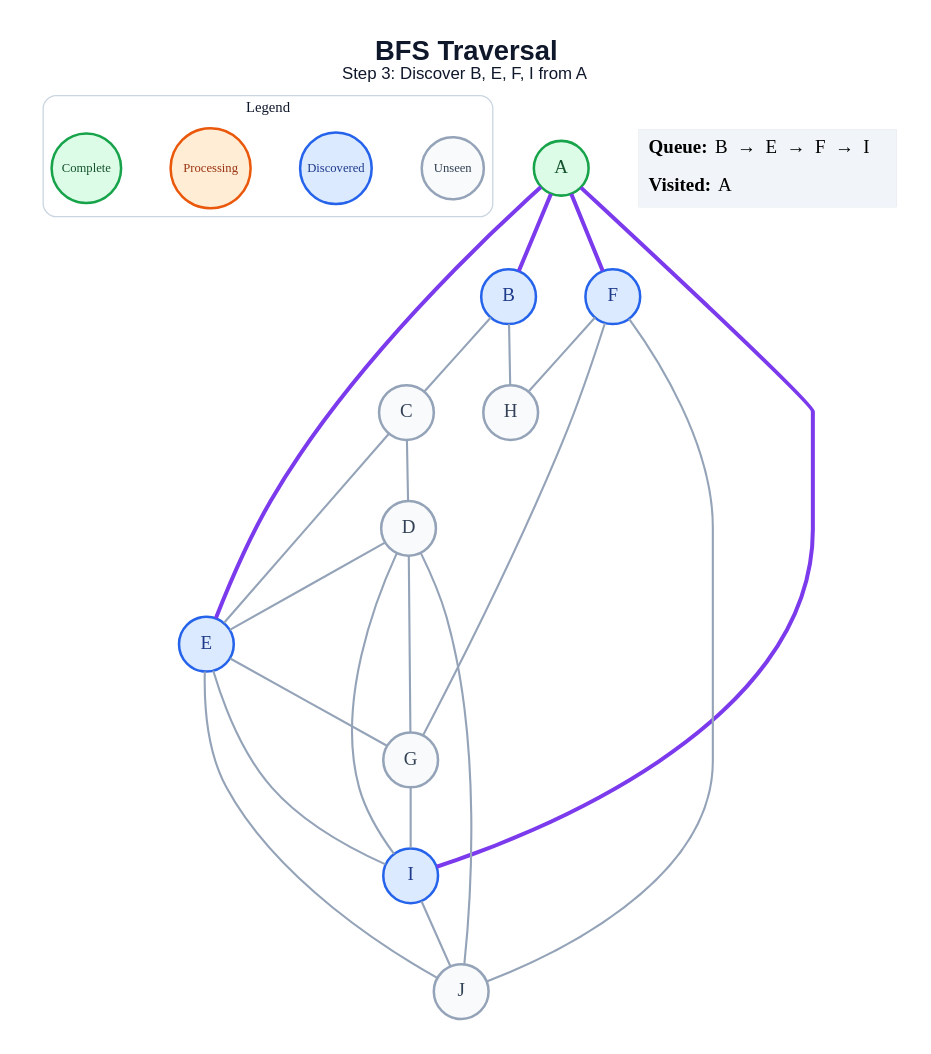
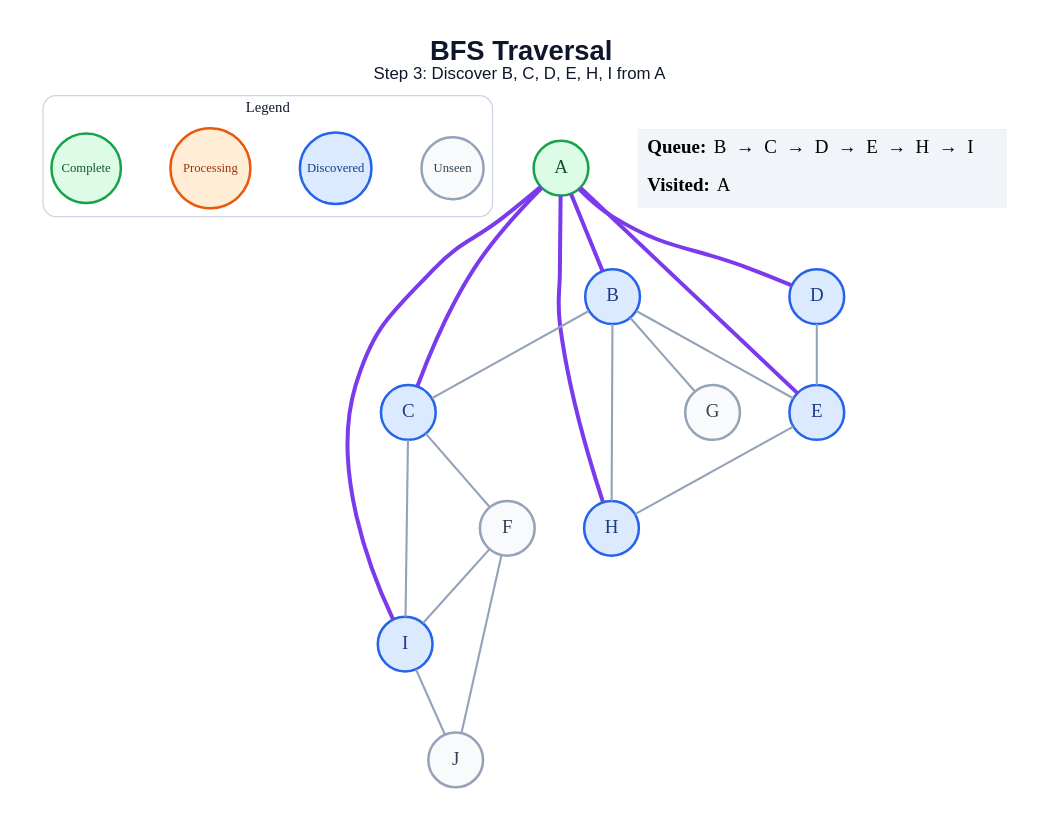
Before and after one commit to amanghodawala9/ai-slop: the diagram in generated/bfs/step_03.dot, drawn with Graphviz. The commit also changed 178 other files, not shown here.

```diff
--- a/generated/bfs/step_03.dot
+++ b/generated/bfs/step_03.dot
@@ -1,49 +1,46 @@
 graph traversal {
   graph [layout=dot, rankdir=TB, bgcolor="#FFFFFF", pad="0.35", nodesep="0.65", ranksep="0.8", fontname="Arial"];
   node [shape=circle, style="filled", fontname="Arial Bold", fontsize=18, width=0.72, fixedsize=true, penwidth=2.4];
   edge [color="#94A3B8", penwidth=2.0];
-  label=<<B>BFS Traversal</B><BR/><FONT POINT-SIZE="16">Step 3: Discover B, E, F, I from A</FONT>>; labelloc="t"; fontsize=26; fontname="Arial"; fontcolor="#0F172A";
+  label=<<B>BFS Traversal</B><BR/><FONT POINT-SIZE="16">Step 3: Discover B, C, D, E, H, I from A</FONT>>; labelloc="t"; fontsize=26; fontname="Arial"; fontcolor="#0F172A";
   subgraph cluster_legend { label="Legend"; color="#CBD5E1"; penwidth=1.2; style="rounded"; fontsize=14; fontname="Arial Bold";
     key_unseen [label="Unseen", fillcolor="#F8FAFC", color="#94A3B8", fontcolor="#334155", fontsize=12, width=0.82];
     key_frontier [label="Discovered", fillcolor="#DBEAFE", color="#2563EB", fontcolor="#1E3A8A", fontsize=12, width=0.95];
     key_current [label="Processing", fillcolor="#FFEDD5", color="#EA580C", fontcolor="#9A3412", fontsize=12, width=1.05];
     key_done [label="Complete", fillcolor="#DCFCE7", color="#16A34A", fontcolor="#14532D", fontsize=12, width=0.92];
     { rank=same; key_unseen; key_frontier; key_current; key_done; }
   }
   A [fillcolor="#DCFCE7", color="#16A34A", fontcolor="#14532D"];
   B [fillcolor="#DBEAFE", color="#2563EB", fontcolor="#1E3A8A"];
-  C [fillcolor="#F8FAFC", color="#94A3B8", fontcolor="#334155"];
-  D [fillcolor="#F8FAFC", color="#94A3B8", fontcolor="#334155"];
+  C [fillcolor="#DBEAFE", color="#2563EB", fontcolor="#1E3A8A"];
+  D [fillcolor="#DBEAFE", color="#2563EB", fontcolor="#1E3A8A"];
   E [fillcolor="#DBEAFE", color="#2563EB", fontcolor="#1E3A8A"];
-  F [fillcolor="#DBEAFE", color="#2563EB", fontcolor="#1E3A8A"];
+  F [fillcolor="#F8FAFC", color="#94A3B8", fontcolor="#334155"];
   G [fillcolor="#F8FAFC", color="#94A3B8", fontcolor="#334155"];
-  H [fillcolor="#F8FAFC", color="#94A3B8", fontcolor="#334155"];
+  H [fillcolor="#DBEAFE", color="#2563EB", fontcolor="#1E3A8A"];
   I [fillcolor="#DBEAFE", color="#2563EB", fontcolor="#1E3A8A"];
   J [fillcolor="#F8FAFC", color="#94A3B8", fontcolor="#334155"];
   A -- B [color="#7C3AED", penwidth=3.8];
+  A -- C [color="#7C3AED", penwidth=3.8];
+  A -- D [color="#7C3AED", penwidth=3.8];
   A -- E [color="#7C3AED", penwidth=3.8];
-  A -- F [color="#7C3AED", penwidth=3.8];
+  A -- H [color="#7C3AED", penwidth=3.8];
   A -- I [color="#7C3AED", penwidth=3.8];
   B -- C;
+  B -- E;
+  B -- G;
   B -- H;
-  C -- D;
-  C -- E;
+  C -- F;
+  C -- I;
   D -- E;
-  D -- G;
-  D -- I;
-  D -- J;
-  E -- G;
-  E -- I;
-  E -- J;
-  F -- G;
-  F -- H;
+  E -- H;
+  F -- I;
   F -- J;
-  G -- I;
   I -- J;
   status [shape=plain, fixedsize=false, width=0, height=0, margin=0, label=<
     <TABLE BORDER="0" CELLBORDER="0" CELLPADDING="7" BGCOLOR="#F1F5F9">
-      <TR><TD ALIGN="LEFT"><B>Queue:</B> B  →  E  →  F  →  I</TD></TR>
+      <TR><TD ALIGN="LEFT"><B>Queue:</B> B  →  C  →  D  →  E  →  H  →  I</TD></TR>
       <TR><TD ALIGN="LEFT"><B>Visited:</B> A</TD></TR>
     </TABLE>
   >];
 }
```
